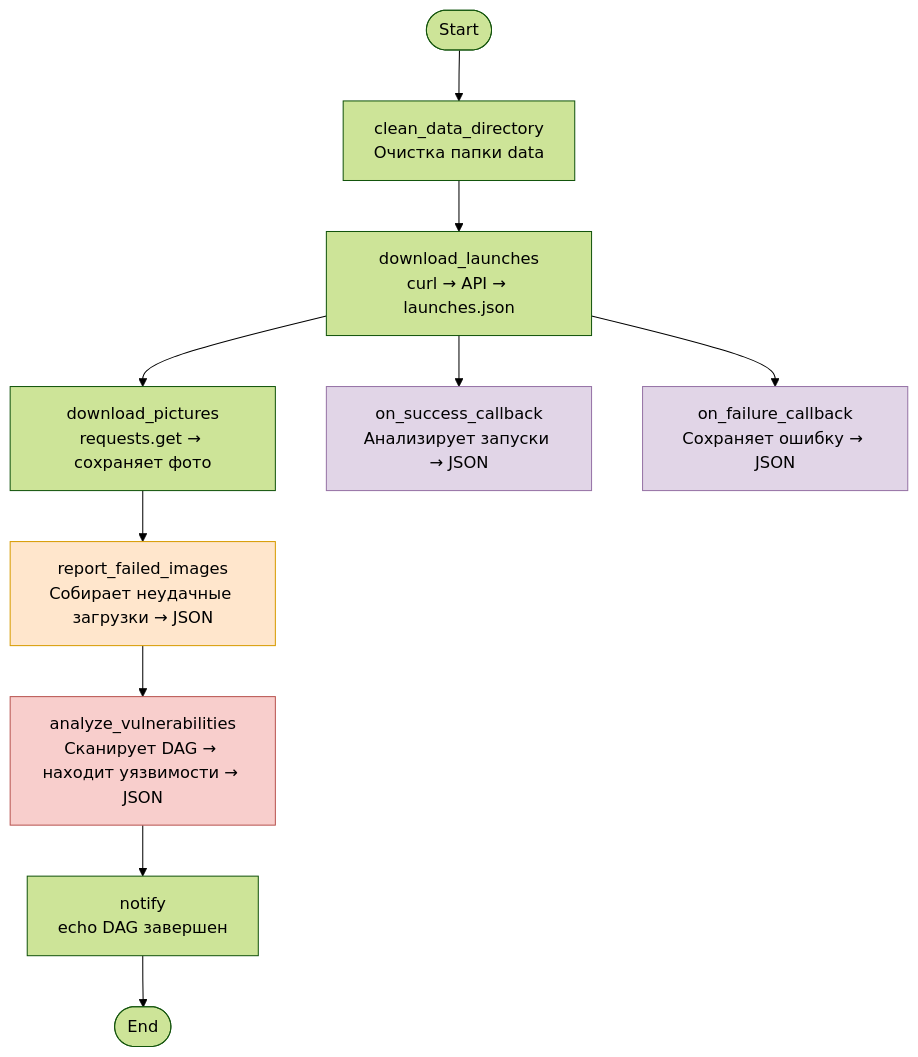
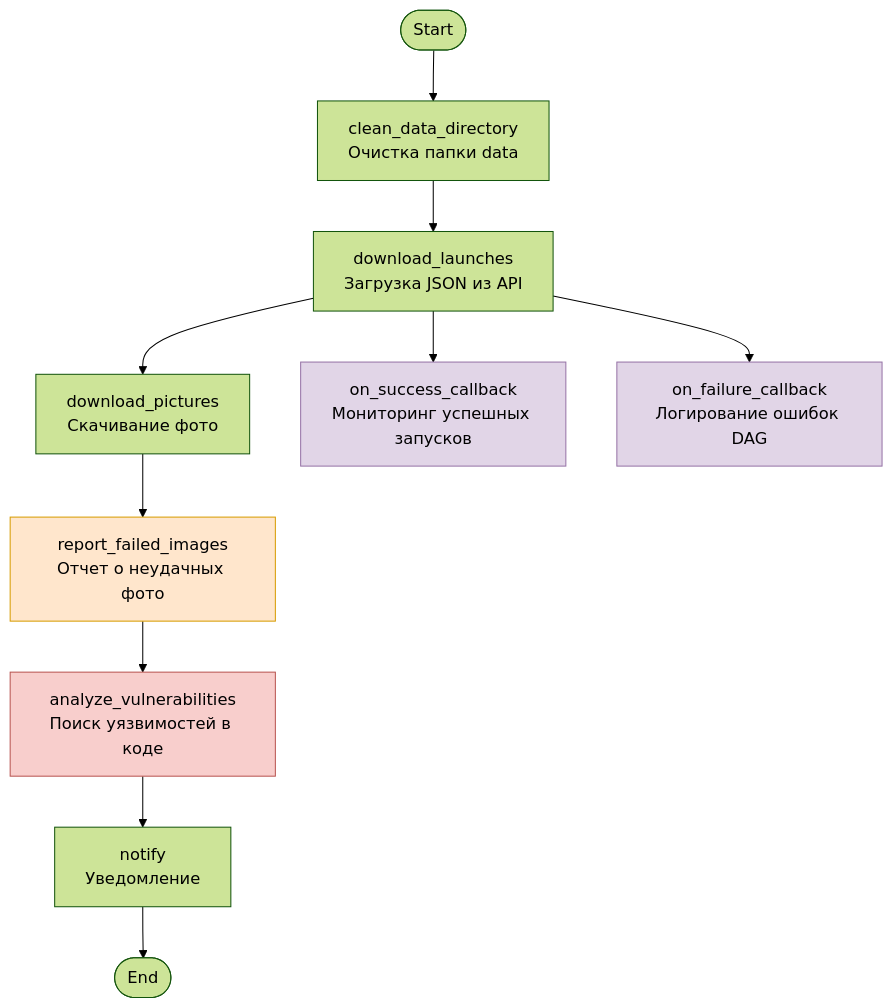
One commit to AlinaSabitova/ETL changed the second of 2 diagrams in lab5.2/Lab5_2.md. Above: the diagram before and after it, drawn with Mermaid (forest theme). The commit also changed other lines of this file, not shown here.

````diff
--- a/lab5.2/Lab5_2.md
+++ b/lab5.2/Lab5_2.md
@@ -53,26 +53,26 @@
 ```mermaid
 graph TD
     START([Start]) --> CLEAN
 
     CLEAN[clean_data_directory<br/>Очистка папки data]
 
-    CLEAN --> DOWNLOAD_JSON[download_launches<br/>curl → API → launches.json]
+    CLEAN --> DOWNLOAD_JSON[download_launches<br/>Загрузка JSON из API]
 
-    DOWNLOAD_JSON --> DOWNLOAD_IMAGES[download_pictures<br/>requests.get → сохраняет фото]
+    DOWNLOAD_JSON --> DOWNLOAD_IMAGES[download_pictures<br/>Скачивание фото]
 
-    DOWNLOAD_IMAGES --> REPORT_FAILED[report_failed_images<br/>Собирает неудачные загрузки → JSON]
+    DOWNLOAD_IMAGES --> REPORT_FAILED[report_failed_images<br/>Отчет о неудачных фото]
 
-    REPORT_FAILED --> ANALYZE[analyze_vulnerabilities<br/>Сканирует DAG → находит уязвимости → JSON]
+    REPORT_FAILED --> ANALYZE[analyze_vulnerabilities<br/>Поиск уязвимостей в коде]
 
-    ANALYZE --> NOTIFY[notify<br/>echo DAG завершен]
+    ANALYZE --> NOTIFY[notify<br/>Уведомление]
 
     NOTIFY --> END([End])
 
-    DOWNLOAD_JSON --> SUCCESS[on_success_callback<br/>Анализирует запуски → JSON]
-    DOWNLOAD_JSON --> FAILURE[on_failure_callback<br/>Сохраняет ошибку → JSON]
+    DOWNLOAD_JSON --> SUCCESS[on_success_callback<br/>Мониторинг успешных запусков]
+    DOWNLOAD_JSON --> FAILURE[on_failure_callback<br/>Логирование ошибок DAG]
 
     style REPORT_FAILED fill:#ffe6cc,stroke:#d79b00
     style ANALYZE fill:#f8cecc,stroke:#b85450
     style SUCCESS fill:#e1d5e7,stroke:#9673a6
     style FAILURE fill:#e1d5e7,stroke:#9673a6
 ```
````
